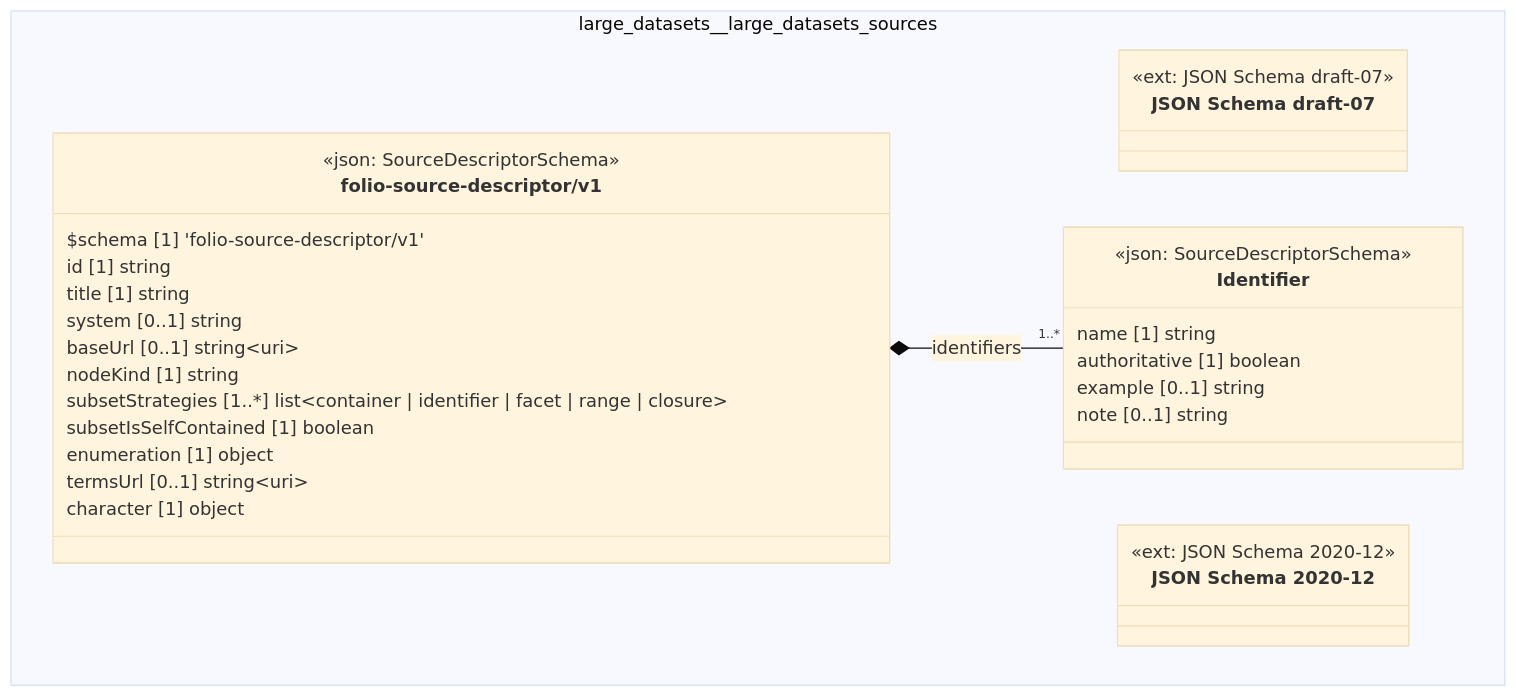
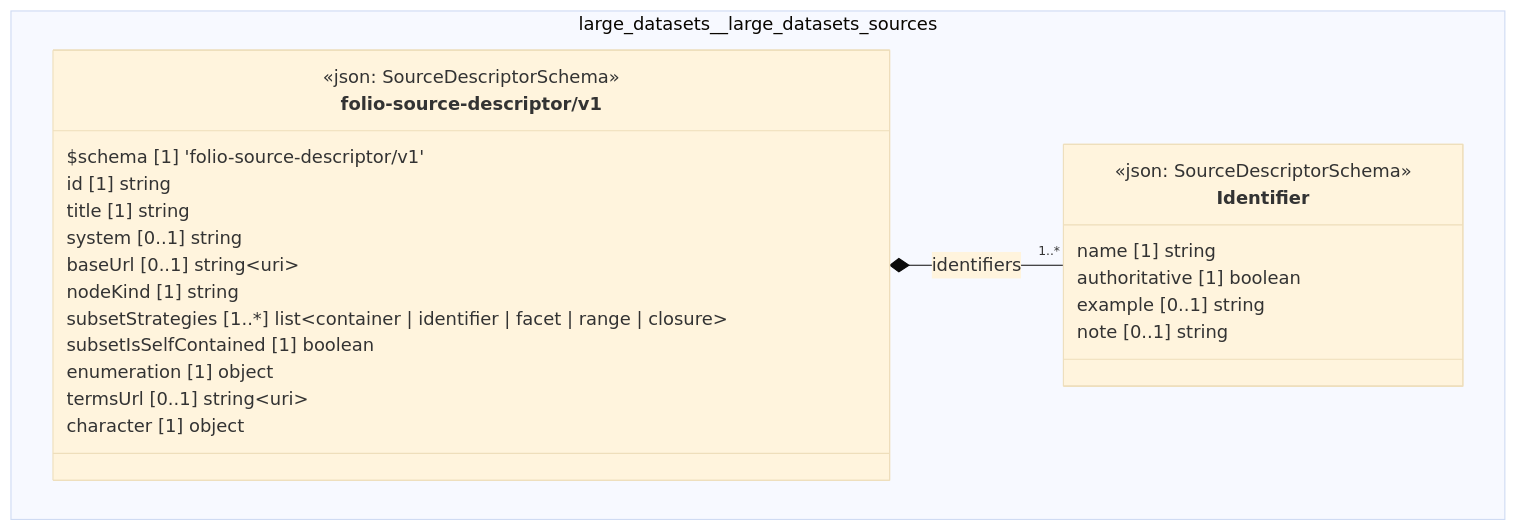
Before and after one commit to litlfred/folio-assistant: the diagram in cat-harness/docs/uml/overview/large-datasets/large-datasets-sources.md, drawn with Mermaid (base theme). The commit also changed other lines of this file and 150 other files, not shown here.

First line of the commit message:
uml: draw only the $schema families a sub-graph actually holds

````diff
--- a/cat-harness/docs/uml/overview/large-datasets/large-datasets-sources.md
+++ b/cat-harness/docs/uml/overview/large-datasets/large-datasets-sources.md
@@ -12,38 +12,30 @@
 ```mermaid
 classDiagram
   direction TB
   namespace large_datasets__large_datasets_sources {
-    class large_datasets_large_datasets_sources_http___json_schema_org_draft_07_schema_["JSON Schema draft-07"] {
-      <<ext: JSON Schema draft-07>>
-    }
-    class large_datasets_large_datasets_sources_https___json_schema_org_draft_2020_12_schema["JSON Schema 2020-12"] {
-      <<ext: JSON Schema 2020-12>>
-    }
     class large_datasets_large_datasets_sources_folio_source_descriptor_v1_Identifier["Identifier"] {
       <<json: SourceDescriptorSchema>>
       name [1] string
       authoritative [1] boolean
       example [0..1] string
       note [0..1] string
     }
     class large_datasets_large_datasets_sources_folio_source_descriptor_v1_folio_source_descriptor_v1["folio-source-descriptor/v1"] {
       <<json: SourceDescriptorSchema>>
       $schema [1] 'folio-source-descriptor/v1'
       id [1] string
       title [1] string
       system [0..1] string
       baseUrl [0..1] string~uri~
       nodeKind [1] string
       subsetStrategies [1..*] list~container | identifier | facet | range | closure~
       subsetIsSelfContained [1] boolean
       enumeration [1] object
       termsUrl [0..1] string~uri~
       character [1] object
     }
   }
   large_datasets_large_datasets_sources_folio_source_descriptor_v1_folio_source_descriptor_v1 *-- "1..*" large_datasets_large_datasets_sources_folio_source_descriptor_v1_Identifier : identifiers
-  cssClass "large_datasets_large_datasets_sources_http___json_schema_org_draft_07_schema_" fa_uml_kind_schemas
-  cssClass "large_datasets_large_datasets_sources_https___json_schema_org_draft_2020_12_schema" fa_uml_kind_schemas
   cssClass "large_datasets_large_datasets_sources_folio_source_descriptor_v1_Identifier" fa_uml_kind_schemas
   cssClass "large_datasets_large_datasets_sources_folio_source_descriptor_v1_folio_source_descriptor_v1" fa_uml_kind_schemas
 ```
````
